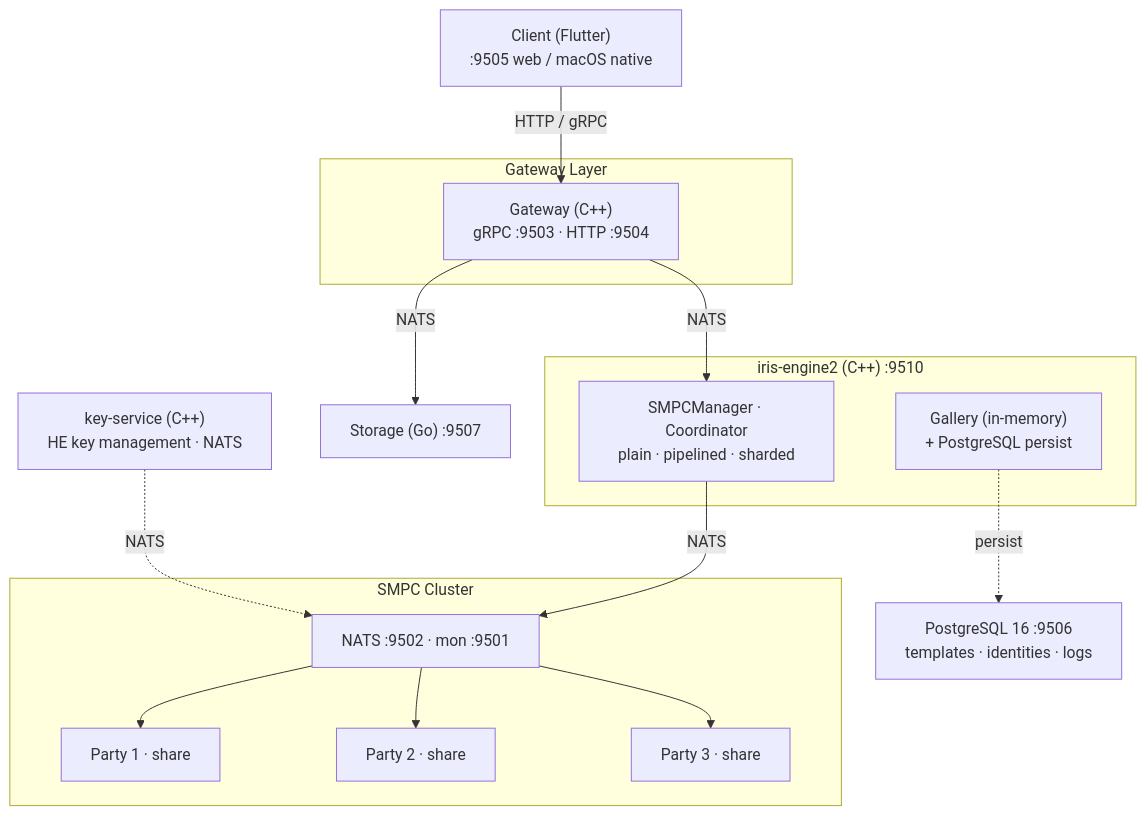
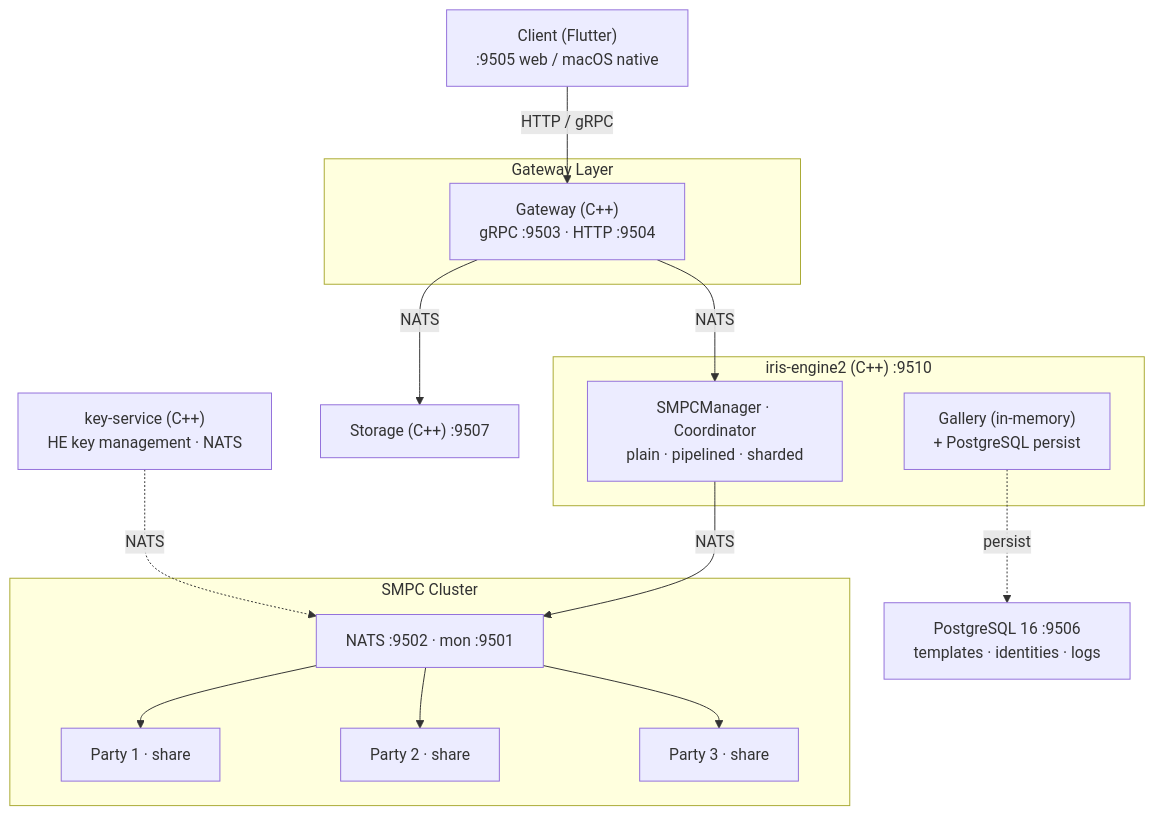
Before and after one commit to hasbegun/EyeD: the first of 3 diagrams in README.md, drawn with Mermaid.

Commit message:
update the tech speck in readme.

````diff
--- a/README.md
+++ b/README.md
@@ -81,34 +81,34 @@
 ```mermaid
 flowchart TB
     Client["Client (Flutter)\n:9505 web / macOS native"]
 
     subgraph gateway_layer["Gateway Layer"]
         Gateway["Gateway (C++)\ngRPC :9503 · HTTP :9504"]
     end
 
     subgraph engine_core["iris-engine2 (C++) :9510"]
         Coordinator["SMPCManager · Coordinator\nplain · pipelined · sharded"]
         Gallery["Gallery (in-memory)\n+ PostgreSQL persist"]
     end
 
     subgraph smpc_cluster["SMPC Cluster"]
         NATS["NATS :9502 · mon :9501"]
         P1["Party 1 · share"]
         P2["Party 2 · share"]
         P3["Party 3 · share"]
     end
 
-    Storage["Storage (Go) :9507"]
+    Storage["Storage (C++) :9507"]
     DB["PostgreSQL 16 :9506\ntemplates · identities · logs"]
     KeySvc["key-service (C++)\nHE key management · NATS"]
 
     Client -->|"HTTP / gRPC"| Gateway
     Gateway -->|"NATS"| Coordinator
     Gateway -->|"NATS"| Storage
     Coordinator -->|"NATS"| NATS
     NATS --> P1
     NATS --> P2
     NATS --> P3
     Gallery -.->|"persist"| DB
     KeySvc -.->|"NATS"| NATS
 ```
````
